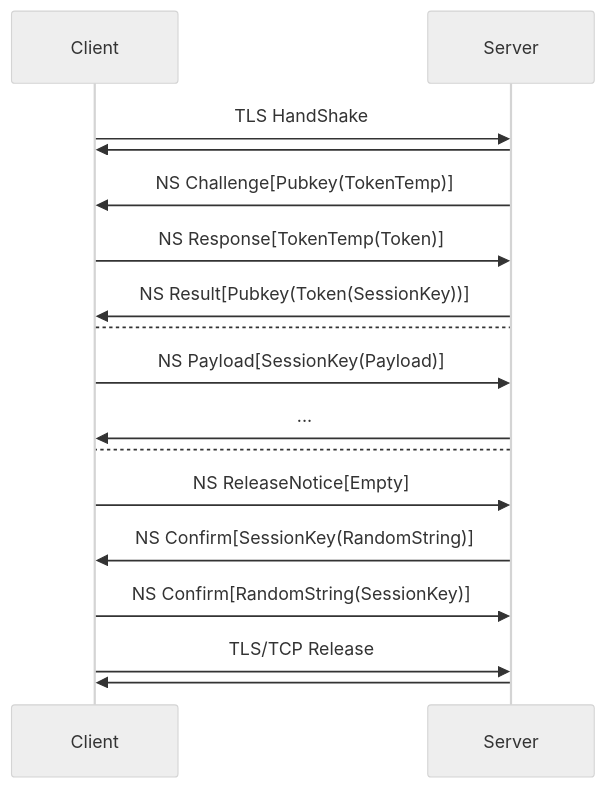
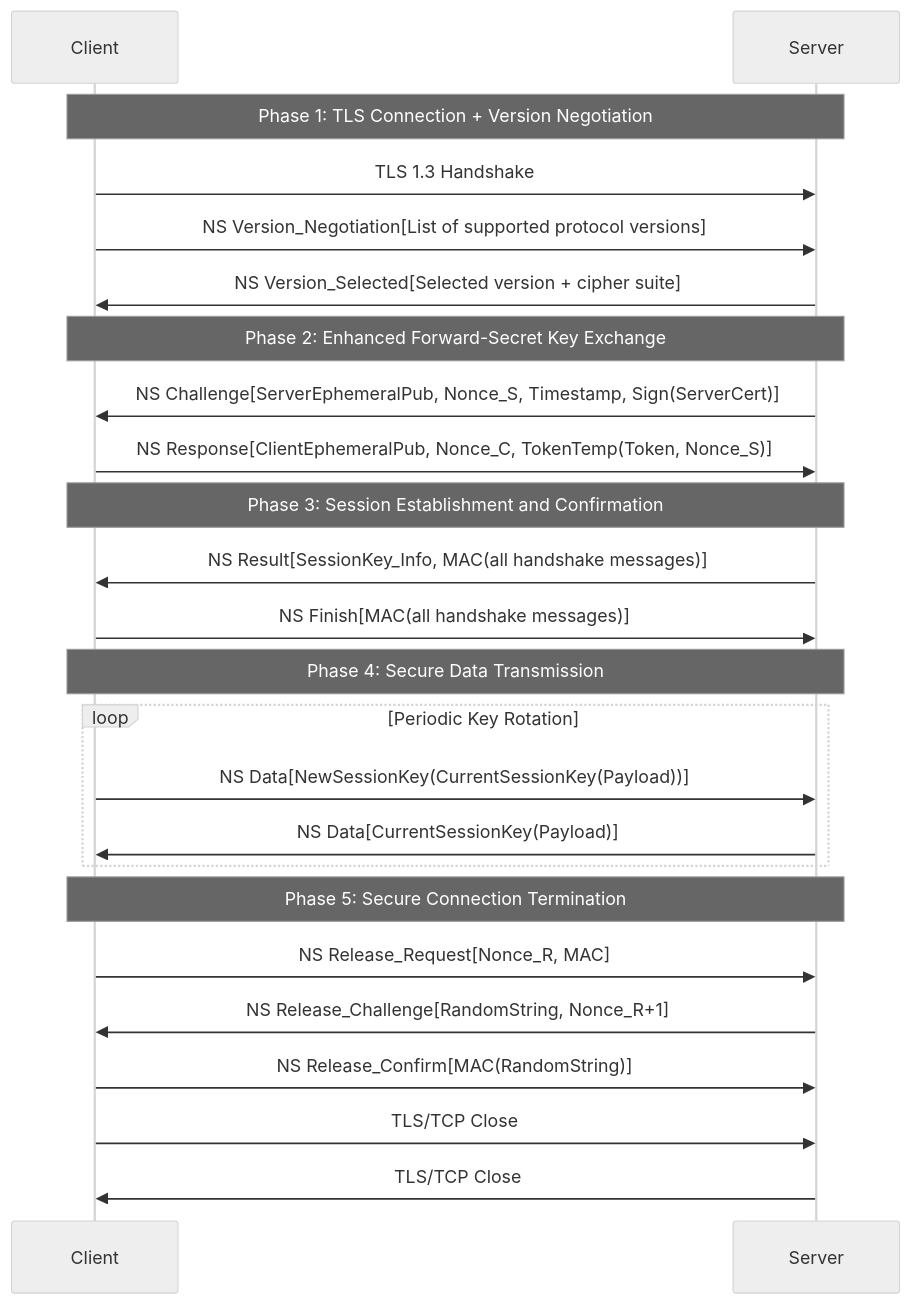
The diagram in README.md (cube-open/NitroSocks), drawn with Mermaid (neutral theme) before and after one commit.

Commit message:
更新 README.md

````diff
--- a/README.md
+++ b/README.md
@@ -9,17 +9,31 @@
 ```mermaid
 sequenceDiagram
-  Client->>Server: TLS HandShake
-  Server->>Client:
-  Server->>Client: NS Challenge[Pubkey(TokenTemp)]
-  Client->>Server: NS Response[TokenTemp(Token)]
-  Server->>Client: NS Result[Pubkey(Token(SessionKey))]
-  Client-->Server:
-  Client->>Server: NS Payload[SessionKey(Payload)]
-  Server->>Client:...
-  Server-->Client:
-  Client->>Server: NS ReleaseNotice[Empty]
-  Server->>Client: NS Confirm[SessionKey(RandomString)]
-  Client->>Server: NS Confirm[RandomString(SessionKey)]
-  Client->>Server: TLS/TCP Release
-  Server->>Client:
+  participant C as Client
+  participant S as Server
+
+  Note over C,S: Phase 1: TLS Connection + Version Negotiation
+  C->>S: TLS 1.3 Handshake
+  C->>S: NS Version_Negotiation[List of supported protocol versions]
+  S->>C: NS Version_Selected[Selected version + cipher suite]
+  
+  Note over C,S: Phase 2: Enhanced Forward-Secret Key Exchange
+  S->>C: NS Challenge[ServerEphemeralPub, Nonce_S, Timestamp, Sign(ServerCert)]
+  C->>S: NS Response[ClientEphemeralPub, Nonce_C, TokenTemp(Token, Nonce_S)]
+  
+  Note over C,S: Phase 3: Session Establishment and Confirmation
+  S->>C: NS Result[SessionKey_Info, MAC(all handshake messages)]
+  C->>S: NS Finish[MAC(all handshake messages)]
+  
+  Note over C,S: Phase 4: Secure Data Transmission
+  loop Periodic Key Rotation
+    C->>S: NS Data[NewSessionKey(CurrentSessionKey(Payload))]
+    S->>C: NS Data[CurrentSessionKey(Payload)]
+  end
+  
+  Note over C,S: Phase 5: Secure Connection Termination
+  C->>S: NS Release_Request[Nonce_R, MAC]
+  S->>C: NS Release_Challenge[RandomString, Nonce_R+1]
+  C->>S: NS Release_Confirm[MAC(RandomString)]
+  C->>S: TLS/TCP Close
+  S->>C: TLS/TCP Close
 ```
````
